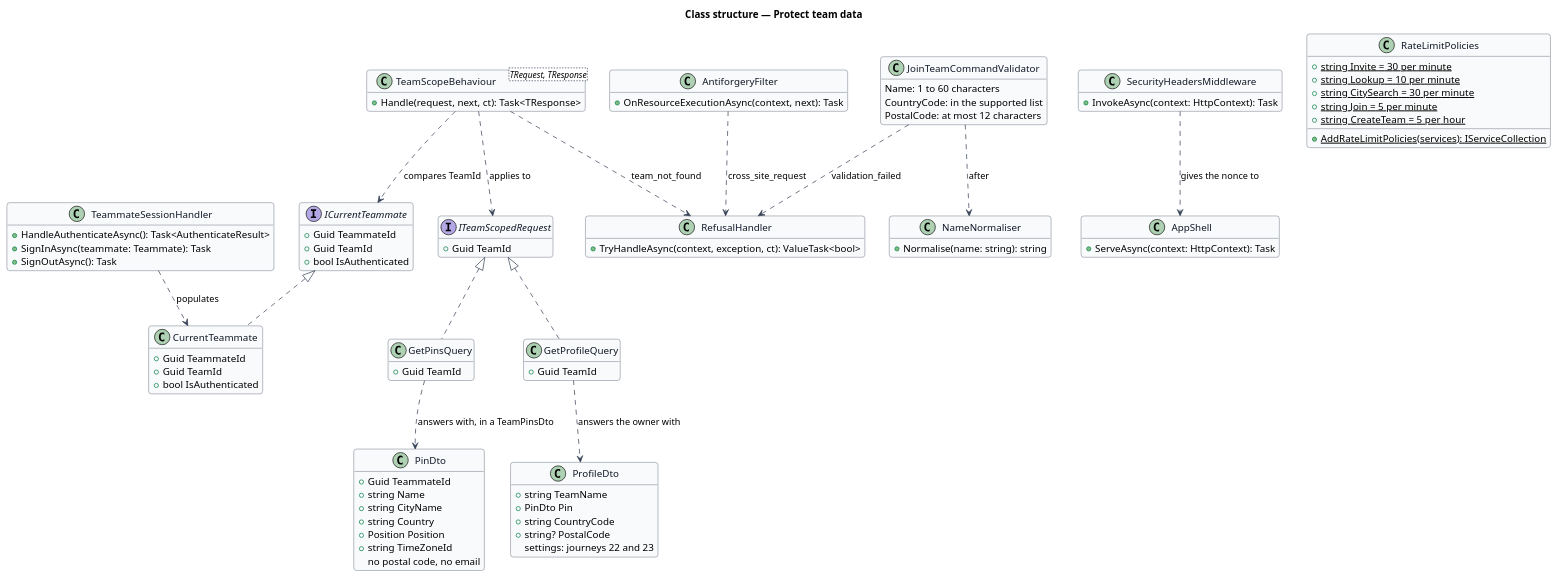
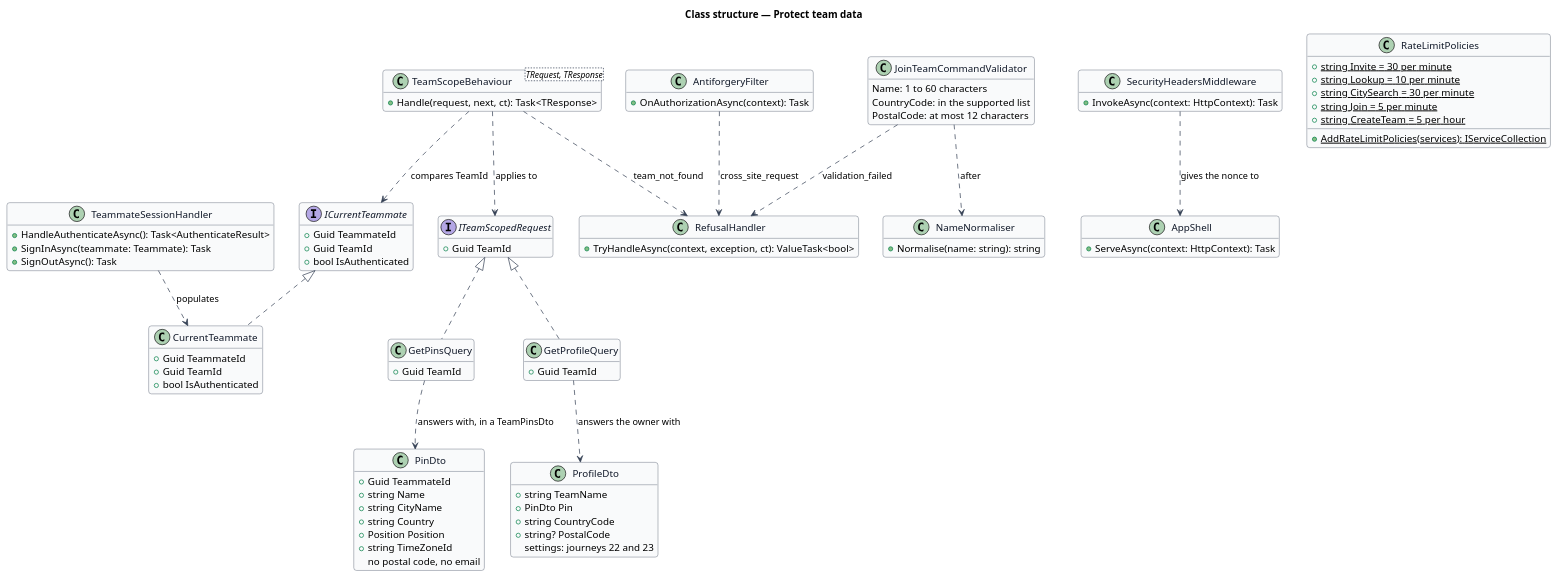
The diagram in docs/detailed-designs/platform/protect-team-data/diagrams/class-structure.puml (QuinntyneBrown/Mondino), drawn with PlantUML before and after one commit. The commit also changed 3 other files, not shown here.

```diff
--- a/docs/detailed-designs/platform/protect-team-data/diagrams/class-structure.puml
+++ b/docs/detailed-designs/platform/protect-team-data/diagrams/class-structure.puml
@@ -1,115 +1,115 @@
 @startuml
 skinparam backgroundColor #FFFFFF
 skinparam shadowing false
 skinparam roundcorner 8
 skinparam defaultFontName Arial
 skinparam ArrowColor #344054
 skinparam class {
   BorderColor #344054
   FontColor #101828
   BackgroundColor #F9FAFB
 }
 hide empty members
 title Class structure — Protect team data
 
 interface ICurrentTeammate {
   +Guid TeammateId
   +Guid TeamId
   +bool IsAuthenticated
 }
 
 class CurrentTeammate {
   +Guid TeammateId
   +Guid TeamId
   +bool IsAuthenticated
 }
 
 class TeammateSessionHandler {
   +HandleAuthenticateAsync(): Task<AuthenticateResult>
   +SignInAsync(teammate: Teammate): Task
   +SignOutAsync(): Task
 }
 
 interface ITeamScopedRequest {
   +Guid TeamId
 }
 
 class TeamScopeBehaviour<TRequest, TResponse> {
   +Handle(request, next, ct): Task<TResponse>
 }
 
 class AntiforgeryFilter {
-  +OnResourceExecutionAsync(context, next): Task
+  +OnAuthorizationAsync(context): Task
 }
 
 class AppShell {
   +ServeAsync(context: HttpContext): Task
 }
 
 class JoinTeamCommandValidator {
   Name: 1 to 60 characters
   CountryCode: in the supported list
   PostalCode: at most 12 characters
 }
 
 class NameNormaliser {
   +Normalise(name: string): string
 }
 
 class RateLimitPolicies {
   +{static} string Invite = 30 per minute
   +{static} string Lookup = 10 per minute
   +{static} string CitySearch = 30 per minute
   +{static} string Join = 5 per minute
   +{static} string CreateTeam = 5 per hour
   +{static} AddRateLimitPolicies(services): IServiceCollection
 }
 
 class SecurityHeadersMiddleware {
   +InvokeAsync(context: HttpContext): Task
 }
 
 class RefusalHandler {
   +TryHandleAsync(context, exception, ct): ValueTask<bool>
 }
 
 class PinDto {
   +Guid TeammateId
   +string Name
   +string CityName
   +string Country
   +Position Position
   +string TimeZoneId
   no postal code, no email
 }
 
 class ProfileDto {
   +string TeamName
   +PinDto Pin
   +string CountryCode
   +string? PostalCode
   settings: journeys 22 and 23
 }
 
 class GetPinsQuery {
   +Guid TeamId
 }
 
 class GetProfileQuery {
   +Guid TeamId
 }
 
 ICurrentTeammate <|.. CurrentTeammate
 TeammateSessionHandler ..> CurrentTeammate : populates
 TeamScopeBehaviour ..> ICurrentTeammate : compares TeamId
 TeamScopeBehaviour ..> ITeamScopedRequest : applies to
 ITeamScopedRequest <|.. GetPinsQuery
 ITeamScopedRequest <|.. GetProfileQuery
 TeamScopeBehaviour ..> RefusalHandler : team_not_found
 JoinTeamCommandValidator ..> RefusalHandler : validation_failed
 AntiforgeryFilter ..> RefusalHandler : cross_site_request
 SecurityHeadersMiddleware ..> AppShell : gives the nonce to
 JoinTeamCommandValidator ..> NameNormaliser : after
 GetPinsQuery ..> PinDto : answers with, in a TeamPinsDto
 GetProfileQuery ..> ProfileDto : answers the owner with
 @enduml
```
